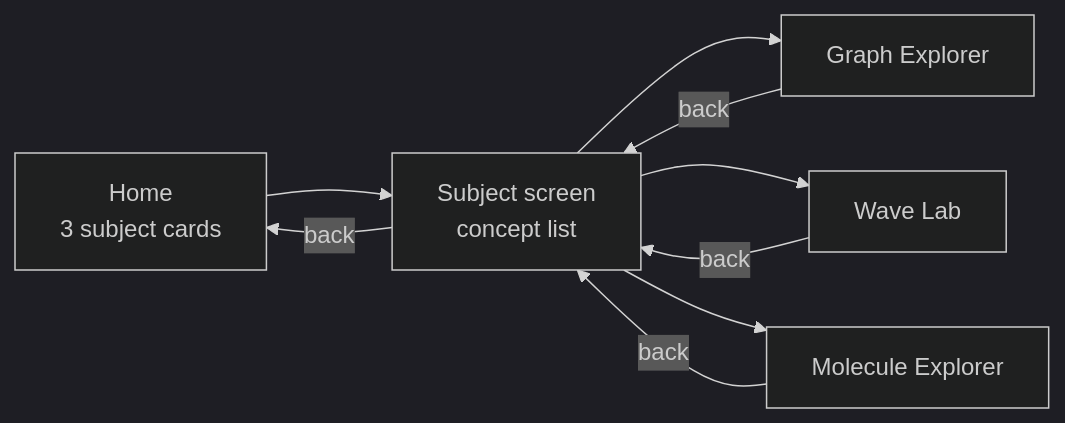
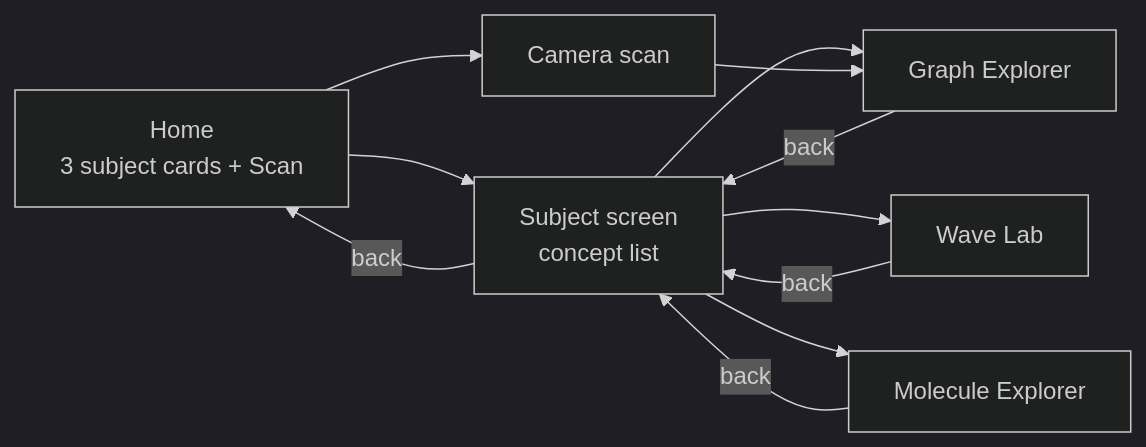
One commit to SHYAMSUNDAR2396/DrishtiSTEM changed the fifth of 6 diagrams in README.md. Above: the diagram before and after it, drawn with Mermaid (dark theme). The commit also changed other lines of this file and 9 other files, not shown here.

First line of the commit message:
Phase 1.5: on-device camera scan pipeline (photo -> GraphConcept)

````diff
--- a/README.md
+++ b/README.md
@@ -137,8 +137,10 @@
 ```mermaid
 flowchart LR
-    HOME[Home<br/>3 subject cards] --> SUB[Subject screen<br/>concept list]
+    HOME[Home<br/>3 subject cards + Scan] --> SUB[Subject screen<br/>concept list]
+    HOME --> CAM[Camera scan]
     SUB --> G[Graph Explorer]
     SUB --> W[Wave Lab]
     SUB --> M[Molecule Explorer]
+    CAM --> G
     G & W & M -- back --> SUB -- back --> HOME
 ```
````
